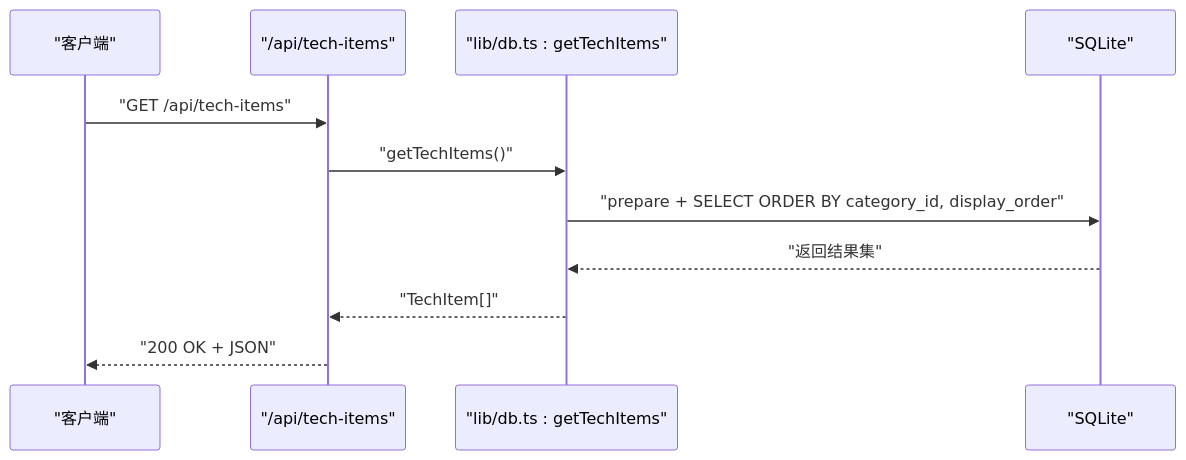
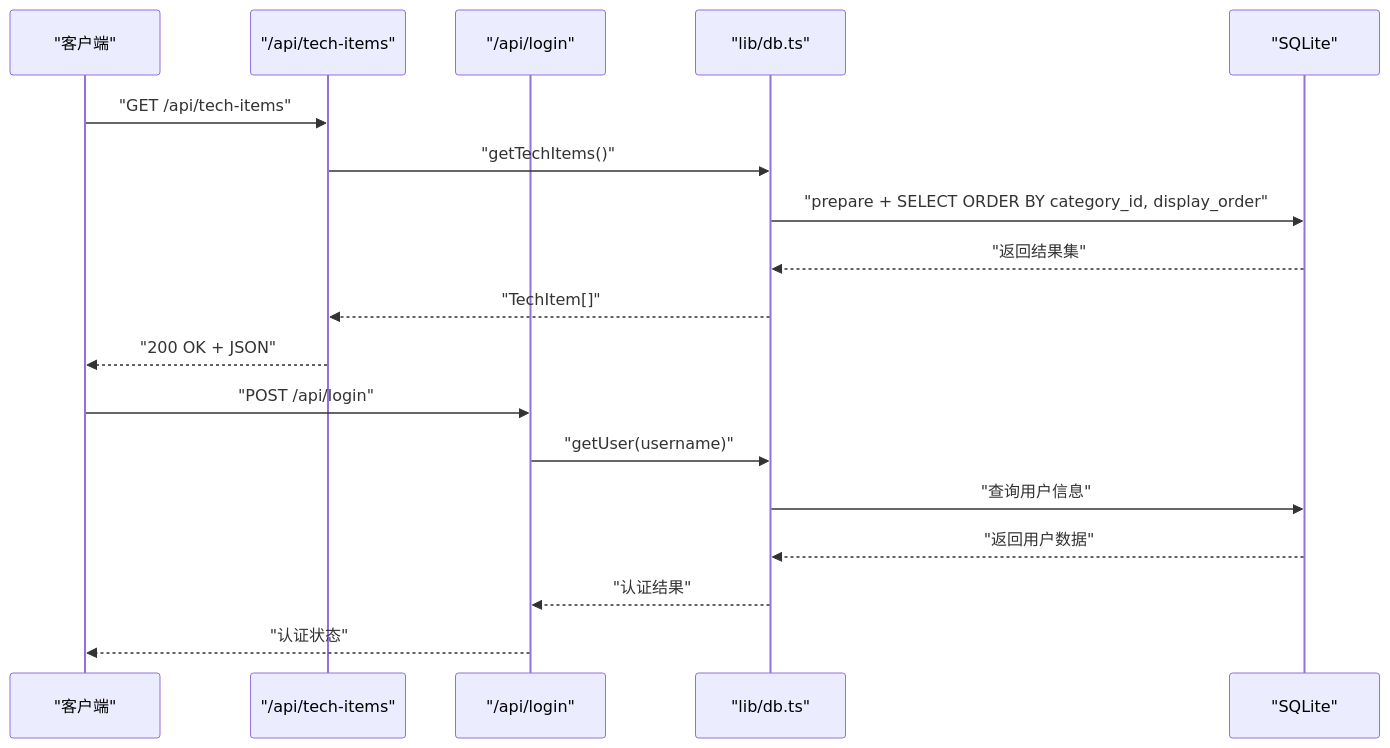
Before and after one commit to tutusiji/lantu-next: the fifth of 6 diagrams in .qoder/repowiki/zh/content/系统架构/数据库架构.md, drawn with Mermaid. The commit also changed other lines of this file and 22 other files, not shown here.

````diff
--- a/.qoder/repowiki/zh/content/系统架构/数据库架构.md
+++ b/.qoder/repowiki/zh/content/系统架构/数据库架构.md
@@ -271,13 +325,20 @@
 ```mermaid
 sequenceDiagram
 participant Client as "客户端"
-participant Route as "/api/tech-items"
-participant DB as "lib/db.ts : getTechItems"
+participant TechRoute as "/api/tech-items"
+participant LoginRoute as "/api/login"
+participant DB as "lib/db.ts"
 participant SQLite as "SQLite"
-Client->>Route : "GET /api/tech-items"
-Route->>DB : "getTechItems()"
+Client->>TechRoute : "GET /api/tech-items"
+TechRoute->>DB : "getTechItems()"
 DB->>SQLite : "prepare + SELECT ORDER BY category_id, display_order"
 SQLite-->>DB : "返回结果集"
-DB-->>Route : "TechItem[]"
-Route-->>Client : "200 OK + JSON"
+DB-->>TechRoute : "TechItem[]"
+TechRoute-->>Client : "200 OK + JSON"
+Client->>LoginRoute : "POST /api/login"
+LoginRoute->>DB : "getUser(username)"
+DB->>SQLite : "查询用户信息"
+SQLite-->>DB : "返回用户数据"
+DB-->>LoginRoute : "认证结果"
+LoginRoute-->>Client : "认证状态"
 ```
````
